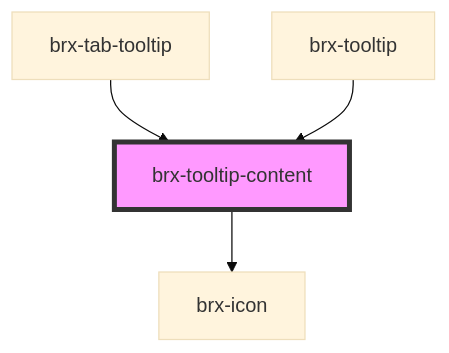
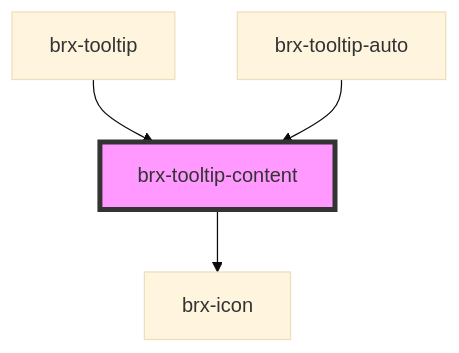
Before and after one commit to copperui/copperui: the diagram in packages/core/src/components/brx-tooltip-content/readme.md, drawn with Mermaid (base theme). The commit also changed other lines of this file and 29 other files, not shown here.

````diff
--- a/packages/core/src/components/brx-tooltip-content/readme.md
+++ b/packages/core/src/components/brx-tooltip-content/readme.md
@@ -27,7 +27,7 @@
 ```mermaid
 graph TD;
   brx-tooltip-content --> brx-icon
-  brx-tab-tooltip --> brx-tooltip-content
   brx-tooltip --> brx-tooltip-content
+  brx-tooltip-auto --> brx-tooltip-content
   style brx-tooltip-content fill:#f9f,stroke:#333,stroke-width:4px
 ```
````
